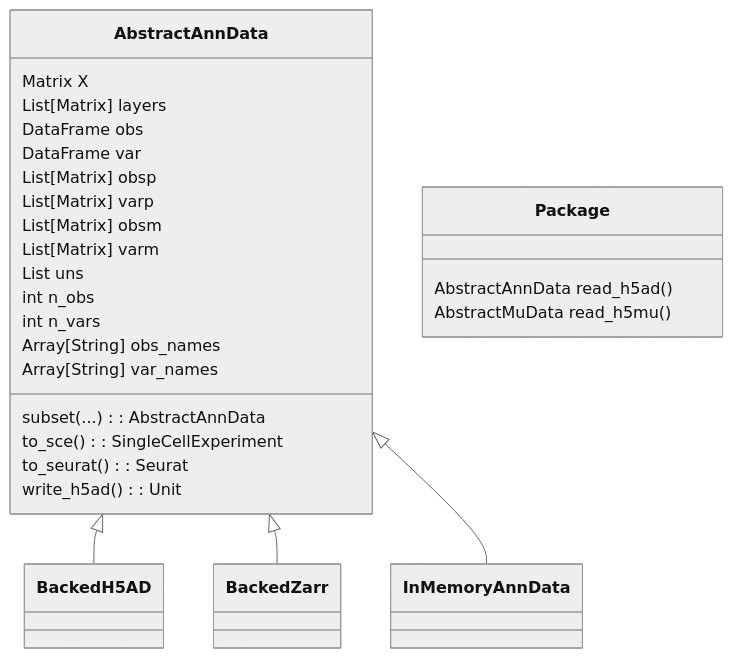
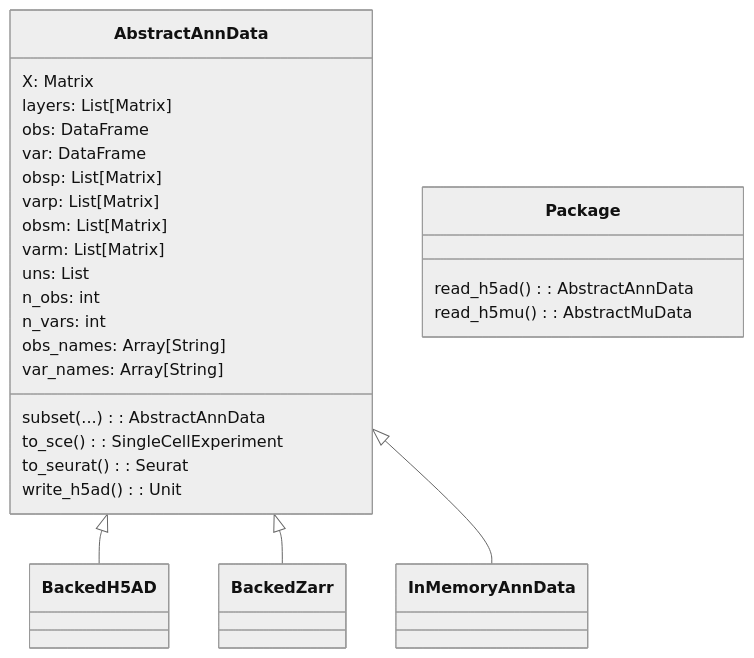
Before and after one commit to scverse/anndataR: the diagram in doc/proposed_interface.md, drawn with Mermaid (neutral theme).

Commit message:
reformat class diagram

````diff
--- a/doc/proposed_interface.md
+++ b/doc/proposed_interface.md
@@ -42,30 +42,30 @@
 ``` mermaid
 classDiagram
   class AbstractAnnData {
-    Matrix X
-    List[Matrix] layers
-    DataFrame obs
-    DataFrame var
-    List[Matrix] obsp
-    List[Matrix] varp
-    List[Matrix] obsm
-    List[Matrix] varm
-    List uns
-    int n_obs
-    int n_vars
-    Array[String] obs_names
-    Array[String] var_names
+    X: Matrix
+    layers: List[Matrix]
+    obs: DataFrame
+    var: DataFrame
+    obsp: List[Matrix]
+    varp: List[Matrix]
+    obsm: List[Matrix]
+    varm: List[Matrix]
+    uns: List
+    n_obs: int
+    n_vars: int
+    obs_names: Array[String]
+    var_names: Array[String]
     subset(...): AbstractAnnData
     to_sce(): SingleCellExperiment
     to_seurat(): Seurat
     write_h5ad(): Unit
   }
   AbstractAnnData <|-- BackedH5AD
   AbstractAnnData <|-- BackedZarr
   AbstractAnnData <|-- InMemoryAnnData
 
   class Package {
-    AbstractAnnData read_h5ad()
-    AbstractMuData read_h5mu()
-  }
+    read_h5ad(): AbstractAnnData
+    read_h5mu(): AbstractMuData
+  } 
 ```
````
